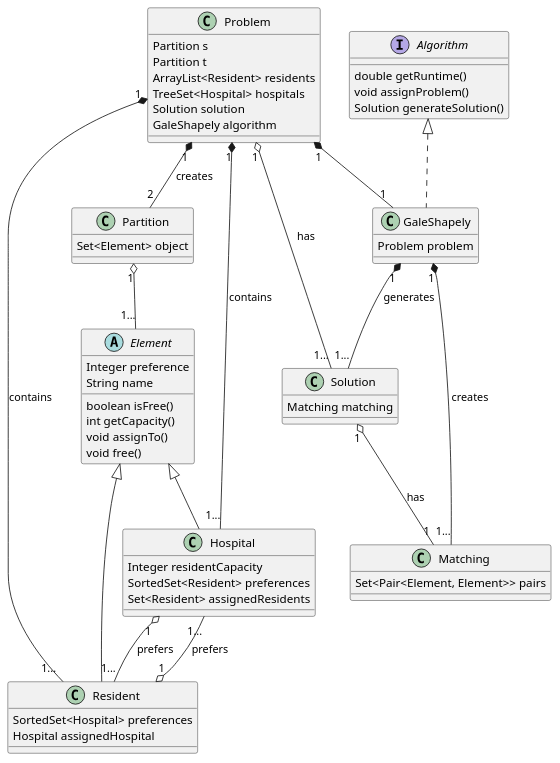
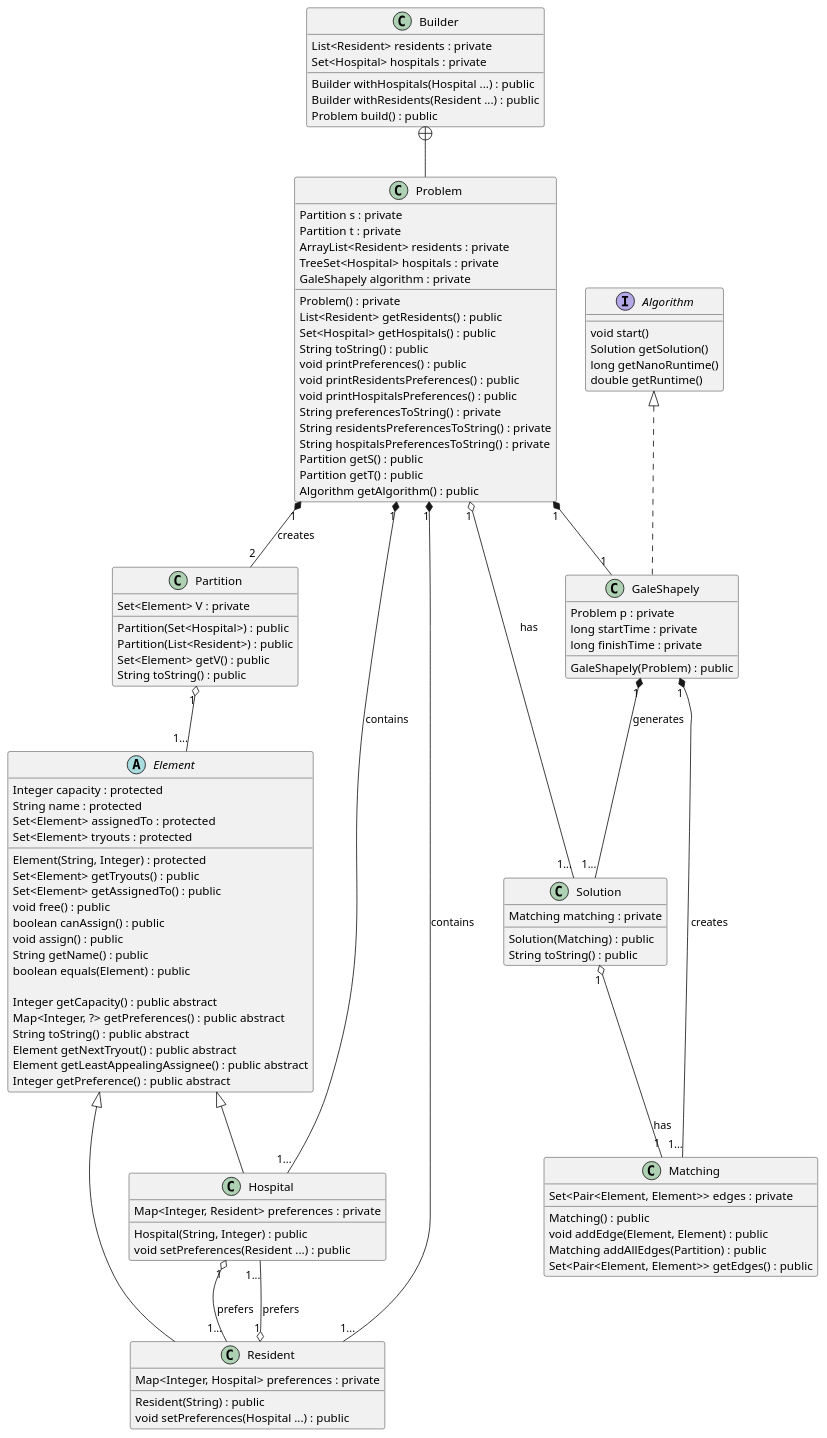
The diagram in src/ro/design/HRUML.puml (LoghinVladDev/JavaLab4), drawn with PlantUML before and after one commit. The commit also changed 10 other files, not shown here.

Commit message:
UML, compulsory without streams Final diagram + stable Matching

```diff
--- a/src/ro/design/HRUML.puml
+++ b/src/ro/design/HRUML.puml
@@ -1,87 +1,143 @@
 @startuml
 
 
 abstract class Element
 
 class Hospital extends Element
 class Resident extends Element
 
 class Problem
 class Matching
 class Partition
 class Element
 class Solution
 class GaleShapely implements Algorithm
+class Builder
 
 interface Algorithm
+
+Builder +-- Problem
 
 Resident "1" o-- "1..." Hospital : prefers
 Hospital "1" o-- "1..." Resident : prefers
 
 Problem "1" *-- "1..." Resident : contains
 Problem "1" *-- "1..." Hospital : contains
 
 Problem "1" o-- "1..." Solution : has
 Problem "1" *-- "2" Partition : creates
 
 Solution "1" o-- "1" Matching : has
 
 Problem "1" *-- "1" GaleShapely
 
 GaleShapely "1" *-- "1..." Solution : generates
 GaleShapely "1" *-- "1..." Matching : creates
 
 Partition "1" o-- "1..." Element
 
 class Solution{
-    Matching matching
+    Matching matching : private
+    Solution(Matching) : public
+    String toString() : public
 }
 
 class Matching{
-    Set<Pair<Element, Element>> pairs
+    Set<Pair<Element, Element>> edges : private
+    Matching() : public
+    void addEdge(Element, Element) : public
+    Matching addAllEdges(Partition) : public
+    Set<Pair<Element, Element>> getEdges() : public
 }
 
 class Partition{
-    Set<Element> object
+    Set<Element> V : private
+    Partition(Set<Hospital>) : public
+    Partition(List<Resident>) : public
+    Set<Element> getV() : public
+    String toString() : public
 }
 
 class Resident{
-    SortedSet<Hospital> preferences
-    Hospital assignedHospital
+    Map<Integer, Hospital> preferences : private
+    Resident(String) : public
+    void setPreferences(Hospital ...) : public
 }
 
 class Hospital{
-    Integer residentCapacity
-    SortedSet<Resident> preferences
-    Set<Resident> assignedResidents
+    Map<Integer, Resident> preferences : private
+
+    Hospital(String, Integer) : public
+    void setPreferences(Resident ...) : public
 }
 
 abstract class Element{
-    Integer preference
-    String name
-    boolean isFree()
-    int getCapacity()
-    void assignTo()
-    void free()
+    Integer capacity : protected
+    String name : protected
+    Set<Element> assignedTo : protected
+    Set<Element> tryouts : protected
+
+    Element(String, Integer) : protected
+    Set<Element> getTryouts() : public
+    Set<Element> getAssignedTo() : public
+    void free() : public
+    boolean canAssign() : public
+    void assign() : public
+    String getName() : public
+    boolean equals(Element) : public
+
+    Integer getCapacity() : public abstract
+    Map<Integer, ?> getPreferences() : public abstract
+    String toString() : public abstract
+    Element getNextTryout() : public abstract
+    Element getLeastAppealingAssignee() : public abstract
+    Integer getPreference() : public abstract
 }
 
 class Problem{
-    Partition s
-    Partition t
-    ArrayList<Resident> residents
-    TreeSet<Hospital> hospitals
-    Solution solution
-    GaleShapely algorithm
+    Partition s : private
+    Partition t : private
+    ArrayList<Resident> residents : private
+    TreeSet<Hospital> hospitals : private
+    GaleShapely algorithm : private
+
+    Problem() : private
+    List<Resident> getResidents() : public
+    Set<Hospital> getHospitals() : public
+    String toString() : public
+    void printPreferences() : public
+    void printResidentsPreferences() : public
+    void printHospitalsPreferences() : public
+    String preferencesToString() : private
+    String residentsPreferencesToString() : private
+    String hospitalsPreferencesToString() : private
+    Partition getS() : public
+    Partition getT() : public
+    Algorithm getAlgorithm() : public
+}
+
+class Builder{
+    List<Resident> residents : private
+    Set<Hospital> hospitals : private
+
+    Builder withHospitals(Hospital ...) : public
+    Builder withResidents(Resident ...) : public
+    Problem build() : public
 }
 
 class GaleShapely{
-    Problem problem
+    Problem p : private
+    long startTime : private
+    long finishTime : private
+
+    GaleShapely(Problem) : public
 }
 
 interface Algorithm{
+    void start()
+    Solution getSolution()
+    long getNanoRuntime()
     double getRuntime()
-    void assignProblem()
-    Solution generateSolution()
 }
 
 @enduml
```
